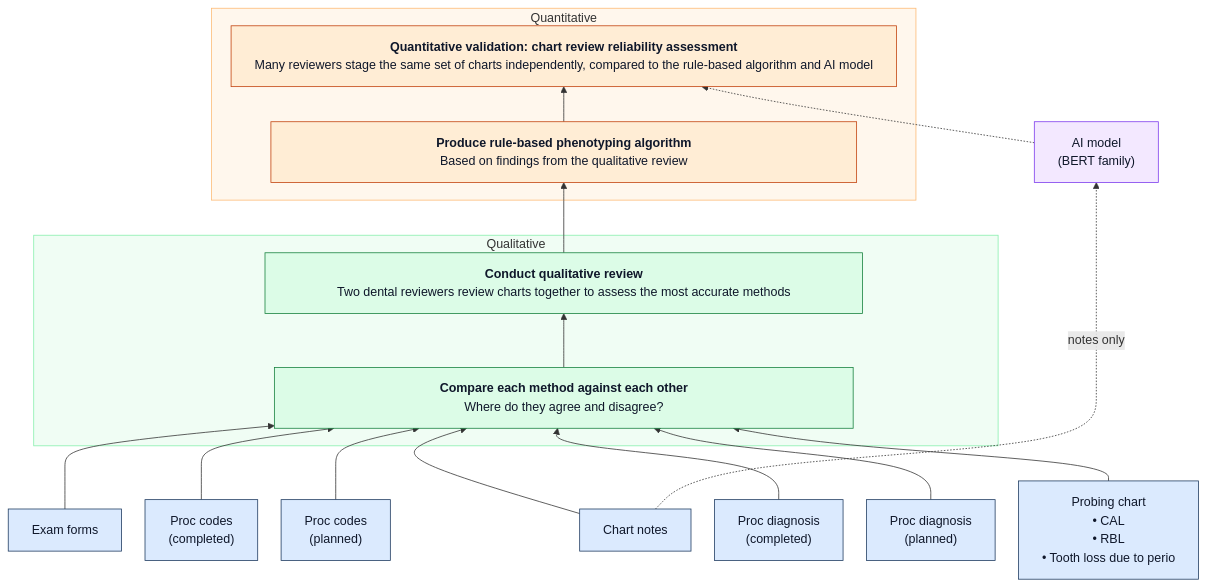
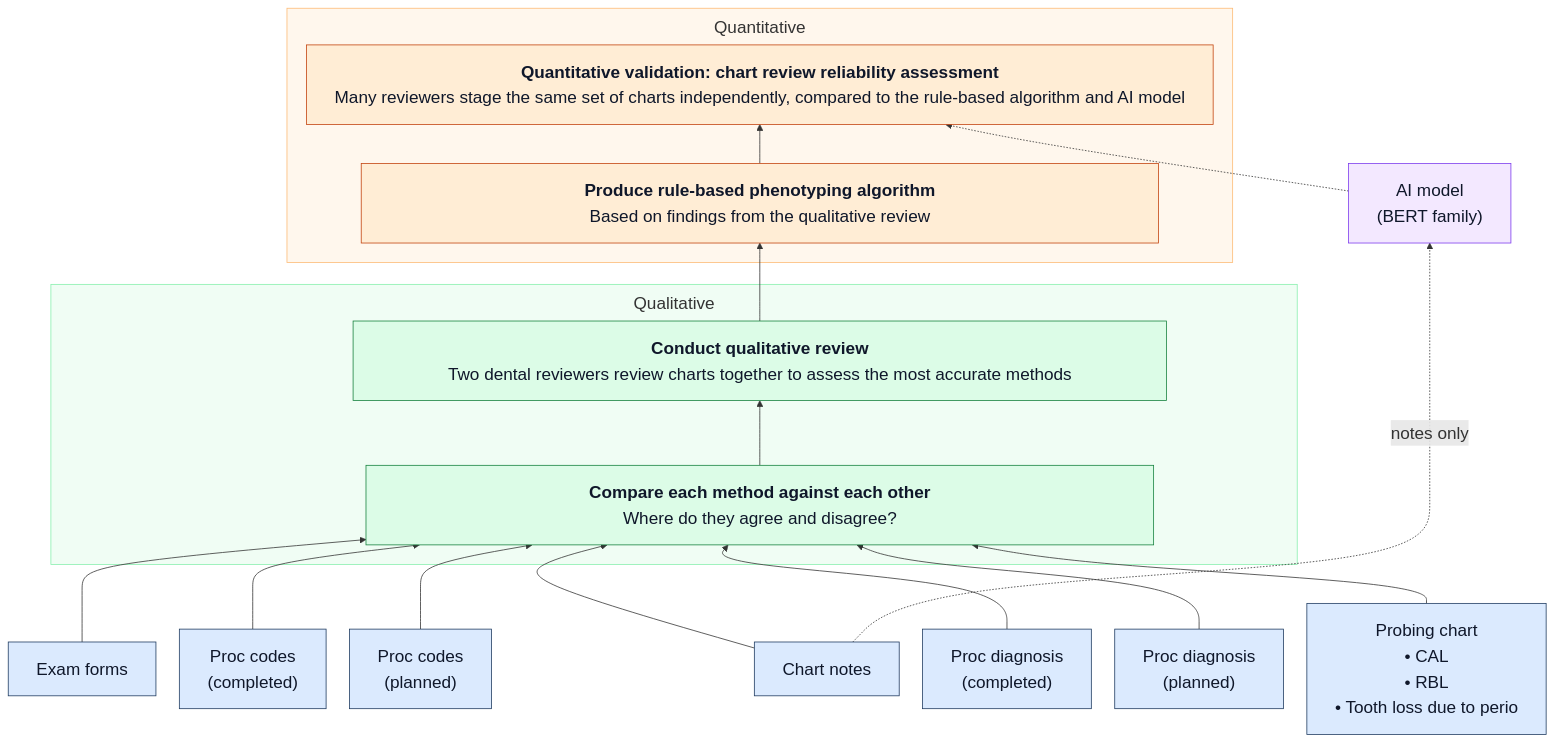
One commit to Health-Transformation-Lab/health-transformation-lab-nlp changed the diagram in docs/process.md. Above: the diagram before and after it, drawn with Mermaid. The commit also changed 1 other file, not shown here.

Commit message:
Process diagram: larger fonts, higher-resolution PNG
Claude-Session: https://claude.ai/code/session_01XzP3S3TKJgW5SmtBTtKn6T

````diff
--- a/docs/process.md
+++ b/docs/process.md
@@ -7,37 +7,37 @@
 ```mermaid
-%%{init: {"flowchart": {"wrappingWidth": 1000, "nodeSpacing": 30, "rankSpacing": 45}}}%%
+%%{init: {"themeVariables": {"fontSize": "22px"}, "flowchart": {"wrappingWidth": 1400, "nodeSpacing": 30, "rankSpacing": 50, "padding": 18, "subGraphTitleMargin": {"top": 8, "bottom": 14}}}}%%
 flowchart BT
         N["Chart notes"]
         E["Exam forms"]
         PC["Proc codes<br/>(completed)"]
         PP["Proc codes<br/>(planned)"]
         DC["Proc diagnosis<br/>(completed)"]
         DP["Proc diagnosis<br/>(planned)"]
         PR["Probing chart<br/>• CAL<br/>• RBL<br/>• Tooth loss due to perio"]
 
     subgraph Q["Qualitative"]
         C["<b>Compare each method against each other</b><br/>&nbsp;&nbsp;&nbsp;&nbsp;&nbsp;&nbsp;&nbsp;&nbsp;&nbsp;&nbsp;&nbsp;&nbsp;&nbsp;&nbsp;&nbsp;&nbsp;&nbsp;&nbsp;&nbsp;&nbsp;&nbsp;&nbsp;&nbsp;&nbsp;&nbsp;&nbsp;&nbsp;&nbsp;&nbsp;&nbsp;&nbsp;&nbsp;&nbsp;&nbsp;&nbsp;&nbsp;&nbsp;&nbsp;&nbsp;&nbsp;&nbsp;&nbsp;&nbsp;&nbsp;&nbsp;&nbsp;&nbsp;&nbsp;Where do they agree and disagree?&nbsp;&nbsp;&nbsp;&nbsp;&nbsp;&nbsp;&nbsp;&nbsp;&nbsp;&nbsp;&nbsp;&nbsp;&nbsp;&nbsp;&nbsp;&nbsp;&nbsp;&nbsp;&nbsp;&nbsp;&nbsp;&nbsp;&nbsp;&nbsp;&nbsp;&nbsp;&nbsp;&nbsp;&nbsp;&nbsp;&nbsp;&nbsp;&nbsp;&nbsp;&nbsp;&nbsp;&nbsp;&nbsp;&nbsp;&nbsp;&nbsp;&nbsp;&nbsp;&nbsp;&nbsp;&nbsp;&nbsp;&nbsp;"]
         R["<b>Conduct qualitative review</b><br/>&nbsp;&nbsp;&nbsp;&nbsp;&nbsp;&nbsp;&nbsp;&nbsp;&nbsp;&nbsp;&nbsp;&nbsp;&nbsp;&nbsp;Two dental reviewers review charts together to assess the most accurate methods&nbsp;&nbsp;&nbsp;&nbsp;&nbsp;&nbsp;&nbsp;&nbsp;&nbsp;&nbsp;&nbsp;&nbsp;&nbsp;&nbsp;"]
     end
 
     subgraph V["Quantitative"]
         A["<b>Produce rule-based phenotyping algorithm</b><br/>&nbsp;&nbsp;&nbsp;&nbsp;&nbsp;&nbsp;&nbsp;&nbsp;&nbsp;&nbsp;&nbsp;&nbsp;&nbsp;&nbsp;&nbsp;&nbsp;&nbsp;&nbsp;&nbsp;&nbsp;&nbsp;&nbsp;&nbsp;&nbsp;&nbsp;&nbsp;&nbsp;&nbsp;&nbsp;&nbsp;&nbsp;&nbsp;&nbsp;&nbsp;&nbsp;&nbsp;&nbsp;&nbsp;&nbsp;&nbsp;&nbsp;&nbsp;Based on findings from the qualitative review&nbsp;&nbsp;&nbsp;&nbsp;&nbsp;&nbsp;&nbsp;&nbsp;&nbsp;&nbsp;&nbsp;&nbsp;&nbsp;&nbsp;&nbsp;&nbsp;&nbsp;&nbsp;&nbsp;&nbsp;&nbsp;&nbsp;&nbsp;&nbsp;&nbsp;&nbsp;&nbsp;&nbsp;&nbsp;&nbsp;&nbsp;&nbsp;&nbsp;&nbsp;&nbsp;&nbsp;&nbsp;&nbsp;&nbsp;&nbsp;&nbsp;&nbsp;"]
         QV["<b>Quantitative validation: chart review reliability assessment</b><br/>Many reviewers stage the same set of charts independently, compared to the rule-based algorithm and AI model"]
     end
 
     N & E & PC & PP & DC & DP & PR --> C
     C --> R --> A --> QV
     N -. "notes only" .-> AI["AI model<br/>(BERT family)"]
     AI -.-> QV
 
     classDef src fill:#dbeafe,stroke:#1e3a5f,color:#0f172a
     classDef qual fill:#dcfce7,stroke:#15803d,color:#0f172a
     classDef quant fill:#ffedd5,stroke:#c2410c,color:#0f172a
     classDef ai fill:#f3e8ff,stroke:#7c3aed,color:#0f172a
     class N,E,PC,PP,DC,DP,PR src
     class C,R qual
     class A,QV quant
     class AI ai
     style Q fill:#f0fdf4,stroke:#86efac
     style V fill:#fff7ed,stroke:#fdba74
 ```
````
